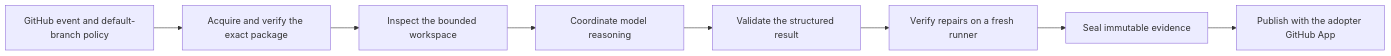
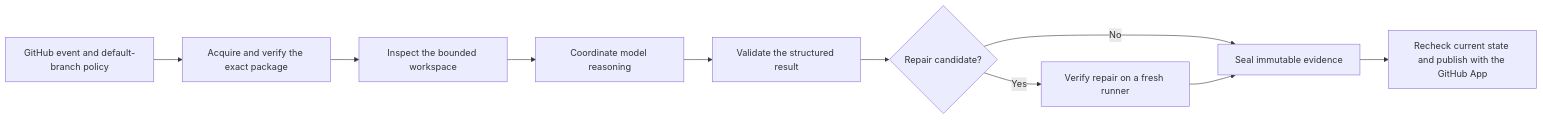
One commit to coryparrry/Codekeeper changed the second of 2 diagrams in README.md. Above: the diagram before and after it, drawn with Mermaid. The commit also changed other lines of this file and 1 other file, not shown here.

Commit message:
docs(readme): surface product capabilities earlier
What changed:
* Move the workflow capability overview directly below the introduction.
* Clarify conditional repair verification, publication token timing, and exact owner mention commands.
* Refresh the README source manifest digest.

User effect:
* Readers can understand what Codekeeper does before starting installation, while the workflow and command descriptions now match runtime behavior.

Tests completed:
* npm run check — passed.
* node --test --test-name-pattern='documentation advertises the exact supported mention grammar' test/commands.test.mjs — passed, 1 test.
* bash scripts/release-source.sh --verify-worktree — passed, 212 source files.
* README structure assertion — passed, product explanation precedes installation and both Mermaid diagrams use LR.

````diff
--- a/README.md
+++ b/README.md
@@ -121,10 +121,12 @@
 ```mermaid
 flowchart LR
     A["GitHub event and default-branch policy"] --> B["Acquire and verify the exact package"]
     B --> C["Inspect the bounded workspace"]
     C --> D["Coordinate model reasoning"]
     D --> E["Validate the structured result"]
-    E --> F["Verify repairs on a fresh runner"]
-    F --> G["Seal immutable evidence"]
-    G --> H["Publish with the adopter GitHub App"]
+    E --> F{"Repair candidate?"}
+    F -->|Yes| G["Verify repair on a fresh runner"]
+    F -->|No| H["Seal immutable evidence"]
+    G --> H
+    H --> I["Recheck current state and publish with the GitHub App"]
 ```
````
